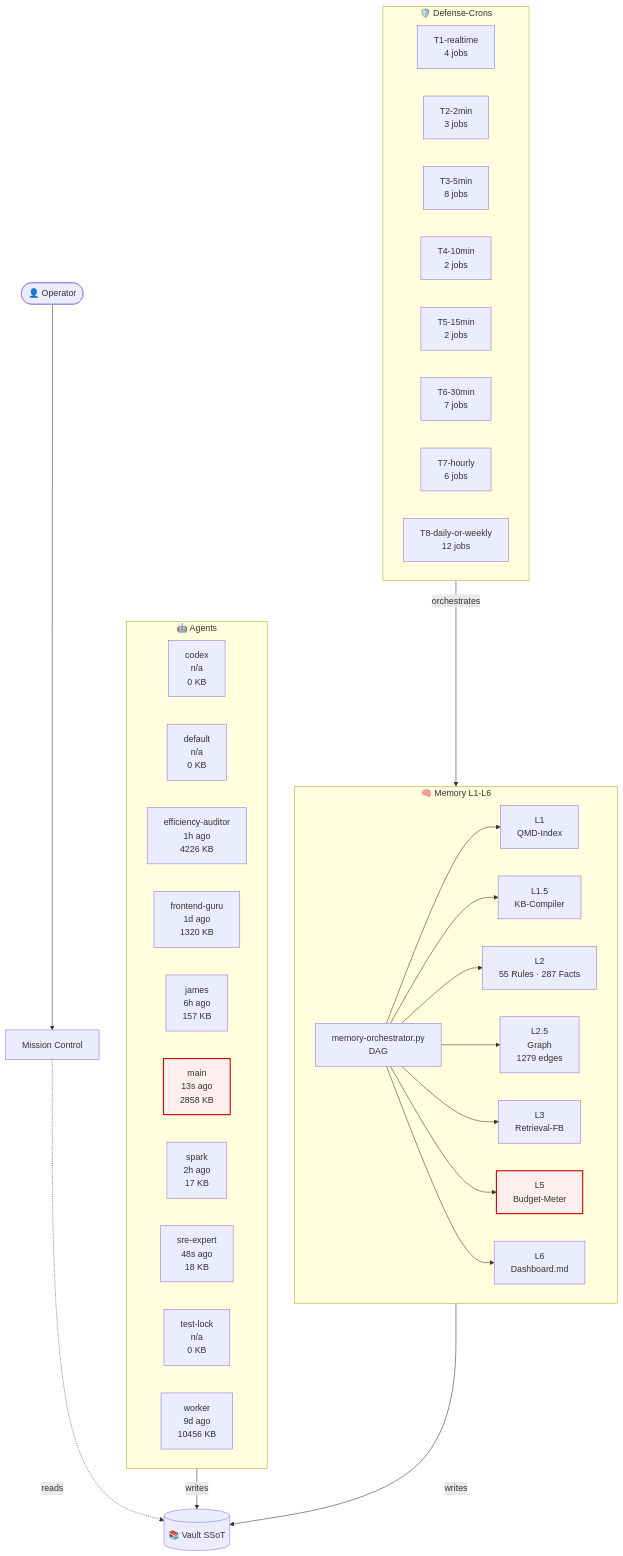
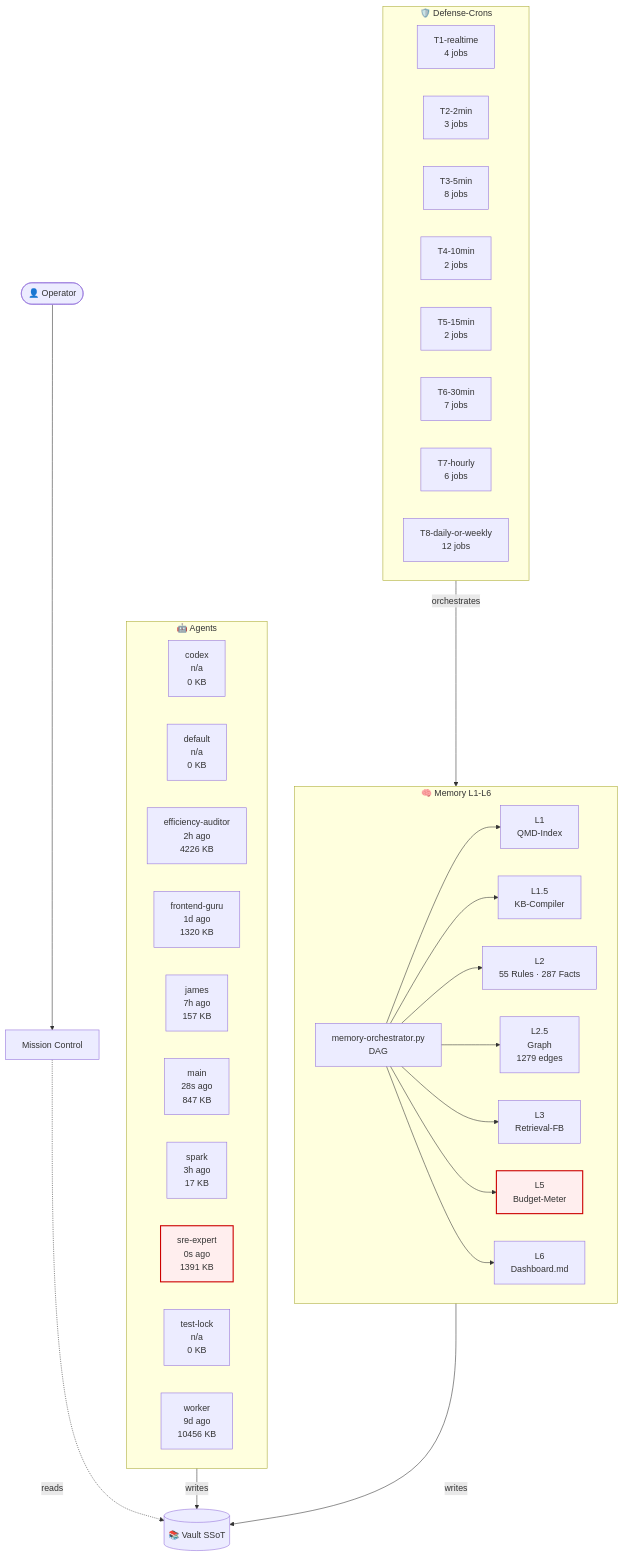
The diagram in _agents/architecture-live.md (lenardhuebner88-rgb/openclaw-memory), drawn with Mermaid before and after one commit. The commit also changed other lines of this file and 23 other files, not shown here.

````diff
--- a/_agents/architecture-live.md
+++ b/_agents/architecture-live.md
@@ -18,53 +18,53 @@
 ```mermaid
 flowchart TB
     classDef critical fill:#fee,stroke:#c00,stroke-width:2px;
     subgraph AGT["🤖 Agents"]
         agent_codex["codex<br/>n/a<br/>0 KB"]
         agent_default["default<br/>n/a<br/>0 KB"]
-        agent_efficiency_auditor["efficiency-auditor<br/>1h ago<br/>4226 KB"]
+        agent_efficiency_auditor["efficiency-auditor<br/>2h ago<br/>4226 KB"]
         agent_frontend_guru["frontend-guru<br/>1d ago<br/>1320 KB"]
-        agent_james["james<br/>6h ago<br/>157 KB"]
-        agent_main["main<br/>13s ago<br/>2858 KB"]
-        agent_spark["spark<br/>2h ago<br/>17 KB"]
-        agent_sre_expert["sre-expert<br/>48s ago<br/>18 KB"]
+        agent_james["james<br/>7h ago<br/>157 KB"]
+        agent_main["main<br/>28s ago<br/>847 KB"]
+        agent_spark["spark<br/>3h ago<br/>17 KB"]
+        agent_sre_expert["sre-expert<br/>0s ago<br/>1391 KB"]
         agent_test_lock["test-lock<br/>n/a<br/>0 KB"]
         agent_worker["worker<br/>9d ago<br/>10456 KB"]
     end
     subgraph MEM["🧠 Memory L1-L6"]
         L1["L1<br/>QMD-Index"]
         L15["L1.5<br/>KB-Compiler"]
         L2["L2<br/>55 Rules · 287 Facts"]
         L25["L2.5<br/>Graph<br/>1279 edges"]
         L3["L3<br/>Retrieval-FB"]
         L5["L5<br/>Budget-Meter"]
         L6["L6<br/>Dashboard.md"]
         ORCH["memory-orchestrator.py<br/>DAG"]
     end
     subgraph CRN["🛡️ Defense-Crons"]
         tier_T1_realtime["T1-realtime<br/>4 jobs"]
         tier_T2_2min["T2-2min<br/>3 jobs"]
         tier_T3_5min["T3-5min<br/>8 jobs"]
         tier_T4_10min["T4-10min<br/>2 jobs"]
         tier_T5_15min["T5-15min<br/>2 jobs"]
         tier_T6_30min["T6-30min<br/>7 jobs"]
         tier_T7_hourly["T7-hourly<br/>6 jobs"]
         tier_T8_daily_or_weekly["T8-daily-or-weekly<br/>12 jobs"]
     end
     VAULT[("📚 Vault SSoT")]
     OP([👤 Operator])
     MC["Mission Control"]
     OP --> MC
     MC -.reads.-> VAULT
     AGT -->|writes| VAULT
     MEM -->|writes| VAULT
     ORCH --> L1
     ORCH --> L15
     ORCH --> L2
     ORCH --> L25
     ORCH --> L3
     ORCH --> L5
     ORCH --> L6
     CRN -->|orchestrates| MEM
     class L5 critical
-    class agent_main critical
+    class agent_sre_expert critical
 ```
````
